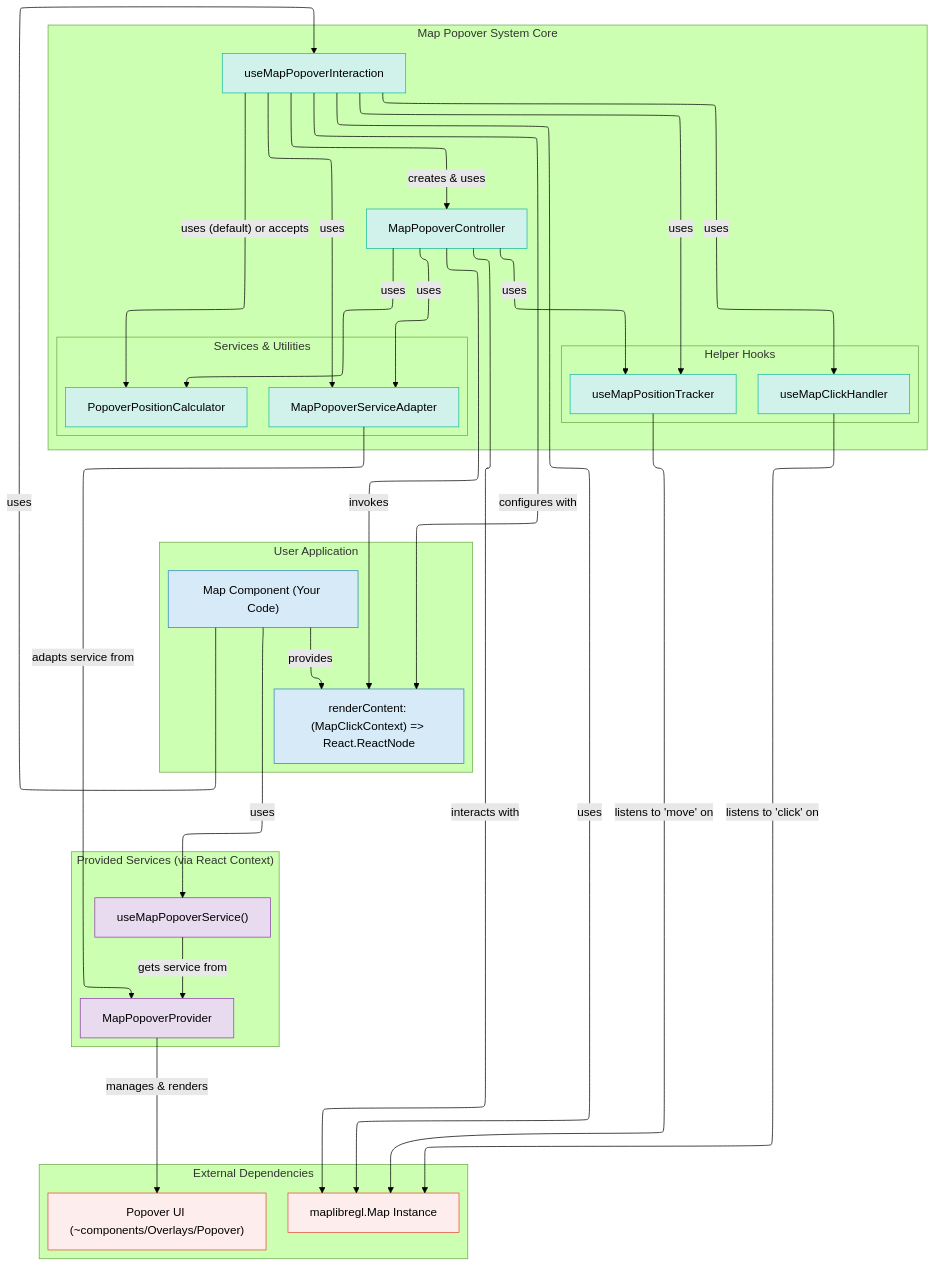
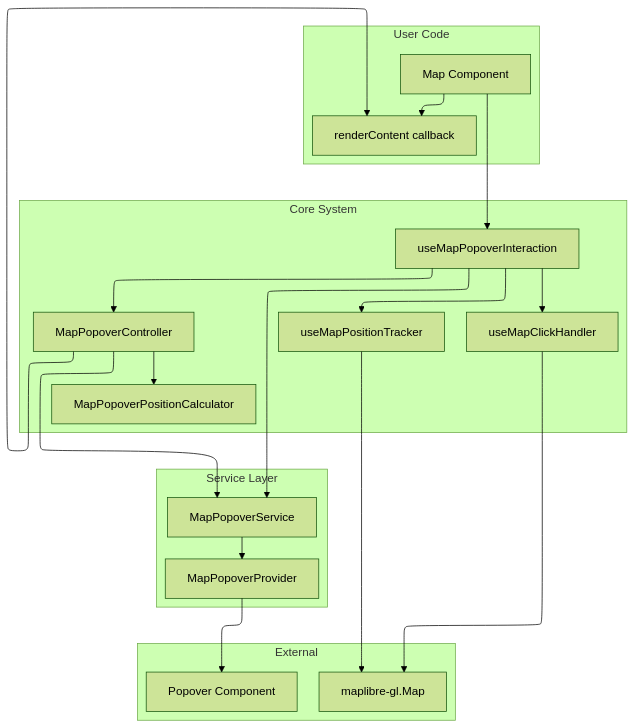
Before and after one commit to konturio/disaster-ninja-fe: the diagram in src/core/map/MapPopover.md, drawn with Mermaid (forest theme). The commit also changed other lines of this file and 12 other files, not shown here.

````diff
--- a/src/core/map/MapPopover.md
+++ b/src/core/map/MapPopover.md
@@ -7,76 +7,47 @@
 ```mermaid
 ---
 config:
   layout: elk
 ---
 graph TD
-    subgraph UserApplication ["User Application"]
-        direction LR
-        MapComponent["Map Component (Your Code)"]
-        RenderCallback["renderContent: (MapClickContext) => React.ReactNode"]
+    subgraph "User Code"
+        MapComponent["Map Component"]
+        RenderContent["renderContent callback"]
     end
 
-    subgraph MapPopoverSystem ["Map Popover System Core"]
-        direction TB
-        MainHook["useMapPopoverInteraction"]
+    subgraph "Core System"
+        Hook["useMapPopoverInteraction"]
         Controller["MapPopoverController"]
-        subgraph HelperHooks ["Helper Hooks"]
-            direction LR
-            ClickHook["useMapClickHandler"]
-            TrackHook["useMapPositionTracker"]
-        end
-        subgraph ServicesAndUtils ["Services & Utilities"]
-            direction LR
-            PopoverSvcAdapter["MapPopoverServiceAdapter"]
-            PositionCalc["PopoverPositionCalculator"]
-        end
+        ClickHandler["useMapClickHandler"]
+        PositionTracker["useMapPositionTracker"]
+        Calculator["MapPopoverPositionCalculator"]
     end
 
-    subgraph ProvidedServices ["Provided Services (via React Context)"]
-        direction LR
-        PopoverProvider["MapPopoverProvider"]
-        PopoverServiceAPI["useMapPopoverService()"]
+    subgraph "Service Layer"
+        Service["MapPopoverService"]
+        Provider["MapPopoverProvider"]
     end
 
-    subgraph ExternalDependencies ["External Dependencies"]
-        direction LR
-        MapLibreInst["maplibregl.Map Instance"]
-        ActualPopoverUI["Popover UI (~components/Overlays/Popover)"]
+    subgraph "External"
+        MapLibre["maplibre-gl.Map"]
+        PopoverUI["Popover Component"]
     end
 
-    MapComponent -- "uses" --> MainHook
-    MapComponent -- "provides" --> RenderCallback
-    MapComponent -- "uses" --> PopoverServiceAPI
+    MapComponent --> Hook
+    MapComponent --> RenderContent
 
-    PopoverServiceAPI -- "gets service from" --> PopoverProvider
+    Hook --> Controller
+    Hook --> Service
+    Hook --> ClickHandler
+    Hook --> PositionTracker
 
-    MainHook -- "configures with" --> RenderCallback
-    MainHook -- "uses" --> MapLibreInst
-    MainHook -- "uses" --> PopoverSvcAdapter
-    MainHook -- "creates & uses" --> Controller
-    MainHook -- "uses" --> ClickHook
-    MainHook -- "uses" --> TrackHook
-    MainHook -- "uses (default) or accepts" --> PositionCalc
+    Controller --> Service
+    Controller --> Calculator
+    Controller --> RenderContent
 
-    Controller -- "uses" --> PopoverSvcAdapter
-    Controller -- "uses" --> TrackHook
-    Controller -- "uses" --> PositionCalc
-    Controller -- "invokes" --> RenderCallback
-    Controller -- "interacts with" --> MapLibreInst
+    ClickHandler --> MapLibre
+    PositionTracker --> MapLibre
 
-    ClickHook -- "listens to 'click' on" --> MapLibreInst
-    TrackHook -- "listens to 'move' on" --> MapLibreInst
-
-    PopoverSvcAdapter -- "adapts service from" --> PopoverProvider
-    PopoverProvider -- "manages & renders" --> ActualPopoverUI
-
-    classDef userApp fill:#D6EAF8,stroke:#2E86C1;
-    classDef coreSystem fill:#D1F2EB,stroke:#1ABC9C;
-    classDef providedSvc fill:#E8DAEF,stroke:#8E44AD;
-    classDef extDeps fill:#FDEDEC,stroke:#E74C3C;
-
-    class MapComponent,RenderCallback userApp;
-    class MainHook,Controller,ClickHook,TrackHook,PopoverSvcAdapter,PositionCalc coreSystem;
-    class PopoverProvider,PopoverServiceAPI providedSvc;
-    class MapLibreInst,ActualPopoverUI extDeps;
+    Service --> Provider
+    Provider --> PopoverUI
 ```
````
